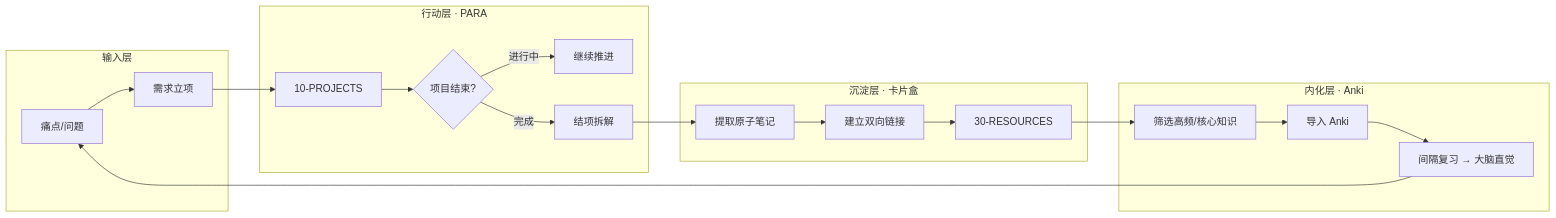
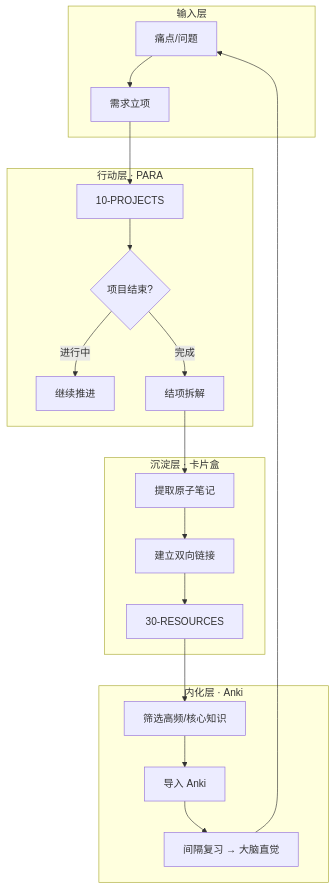
One commit to pedyc/dg.pedyc changed the diagram in content/30-RESOURCES/混合型知识库架构.md. Above: the diagram before and after it, drawn with Mermaid. The commit also changed other lines of this file and 19 other files, not shown here.

````diff
--- a/content/30-RESOURCES/混合型知识库架构.md
+++ b/content/30-RESOURCES/混合型知识库架构.md
@@ -37,27 +37,27 @@
 ```mermaid
-flowchart LR
+flowchart TB
     subgraph Input[输入层]
         A[痛点/问题] --> B[需求立项]
     end
 
     subgraph Action[行动层 · PARA]
         B --> C[10-PROJECTS]
         C --> D{项目结束?}
         D -->|进行中| E[继续推进]
         D -->|完成| F[结项拆解]
     end
 
     subgraph Knowledge[沉淀层 · 卡片盒]
         F --> G[提取原子笔记]
         G --> H[建立双向链接]
         H --> I[30-RESOURCES]
     end
 
     subgraph Memory[内化层 · Anki]
         I --> J[筛选高频/核心知识]
         J --> K[导入 Anki]
         K --> L[间隔复习 → 大脑直觉]
     end
 
     L --> A
 ```
````
